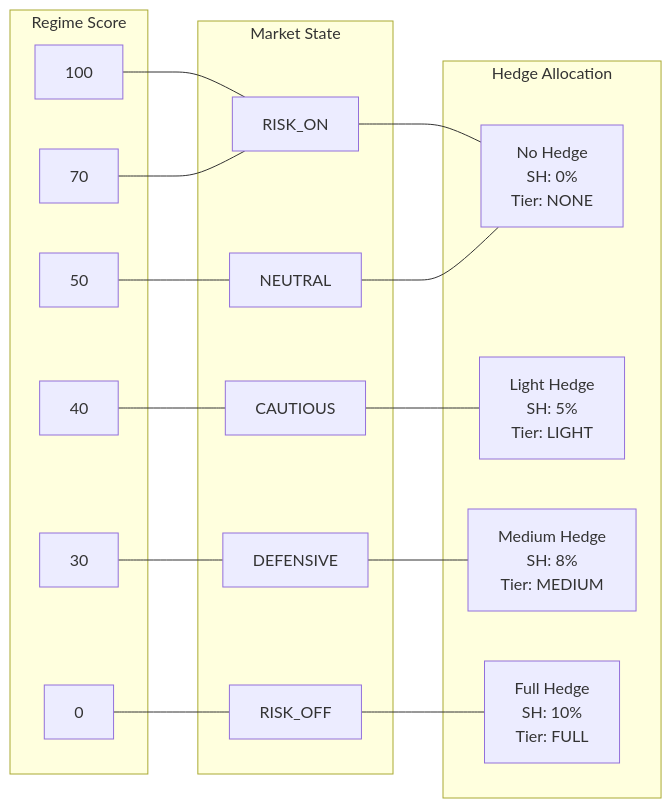
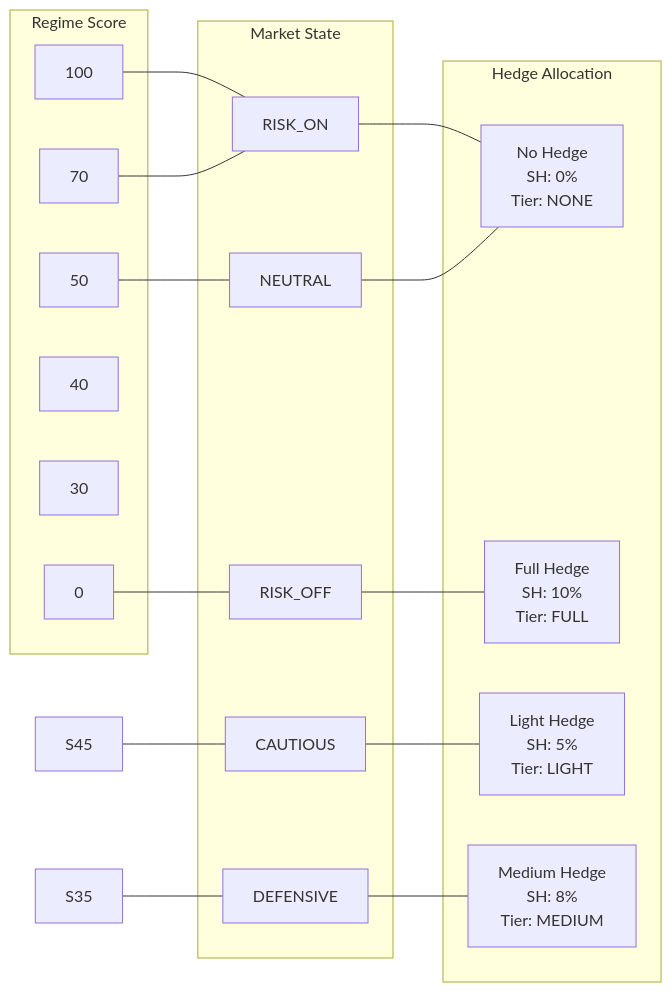
Before and after one commit to vickdavinci/alpha-nextgen-v2-private: the second of 2 diagrams in docs/system/09-hedge-engine.md, drawn with Mermaid. The commit also changed other lines of this file and 16 other files, not shown here.

````diff
--- a/docs/system/09-hedge-engine.md
+++ b/docs/system/09-hedge-engine.md
@@ -308,42 +310,42 @@
 ```mermaid
 graph LR
     subgraph SCORE["Regime Score"]
         S100["100"]
         S70["70"]
         S50["50"]
         S40["40"]
         S30["30"]
         S0["0"]
     end
 
     subgraph STATE["Market State"]
         RISK_ON["RISK_ON"]
         NEUTRAL["NEUTRAL"]
         CAUTIOUS["CAUTIOUS"]
         DEFENSIVE["DEFENSIVE"]
         RISK_OFF["RISK_OFF"]
     end
 
     subgraph HEDGE["Hedge Allocation"]
         H0["No Hedge<br/>SH: 0%<br/>Tier: NONE"]
         H1["Light Hedge<br/>SH: 5%<br/>Tier: LIGHT"]
         H2["Medium Hedge<br/>SH: 8%<br/>Tier: MEDIUM"]
         H3["Full Hedge<br/>SH: 10%<br/>Tier: FULL"]
     end
 
     S100 --- RISK_ON
     S70 --- RISK_ON
     RISK_ON --- H0
 
     S50 --- NEUTRAL
     NEUTRAL --- H0
 
-    S40 --- CAUTIOUS
+    S45 --- CAUTIOUS
     CAUTIOUS --- H1
 
-    S30 --- DEFENSIVE
+    S35 --- DEFENSIVE
     DEFENSIVE --- H2
 
     S0 --- RISK_OFF
     RISK_OFF --- H3
 ```
````
